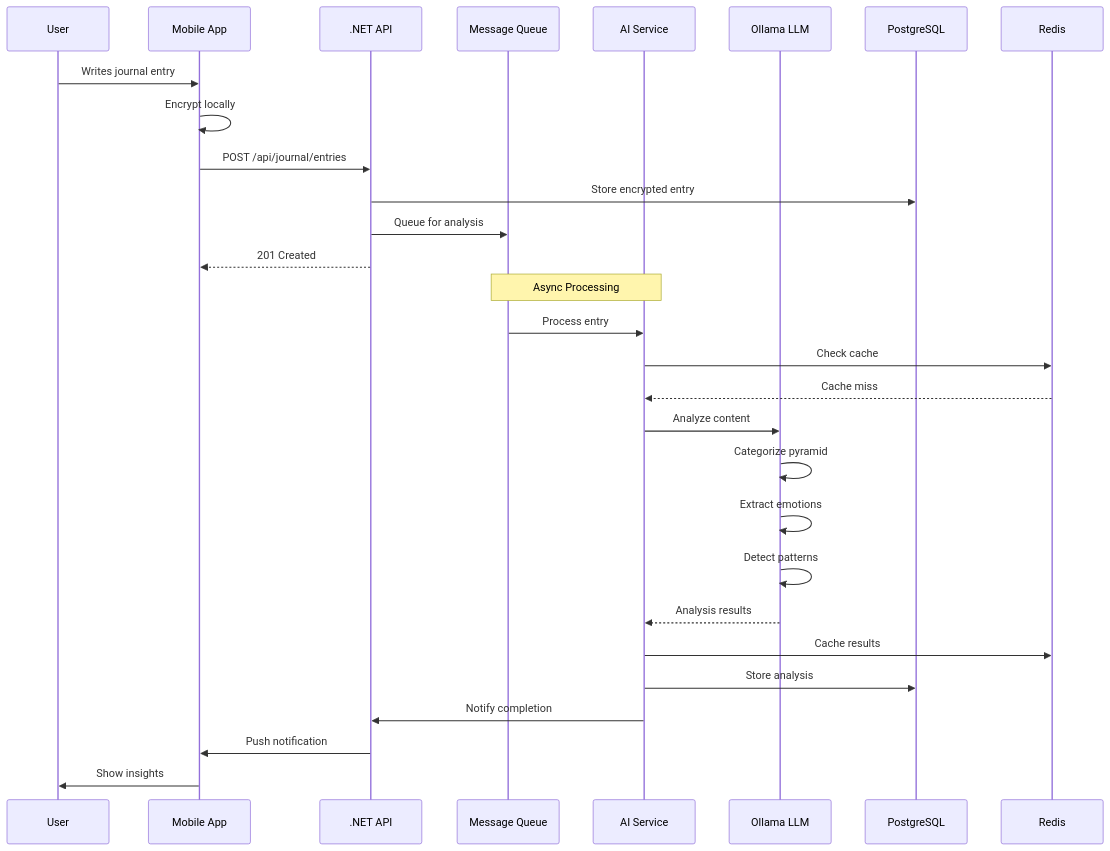
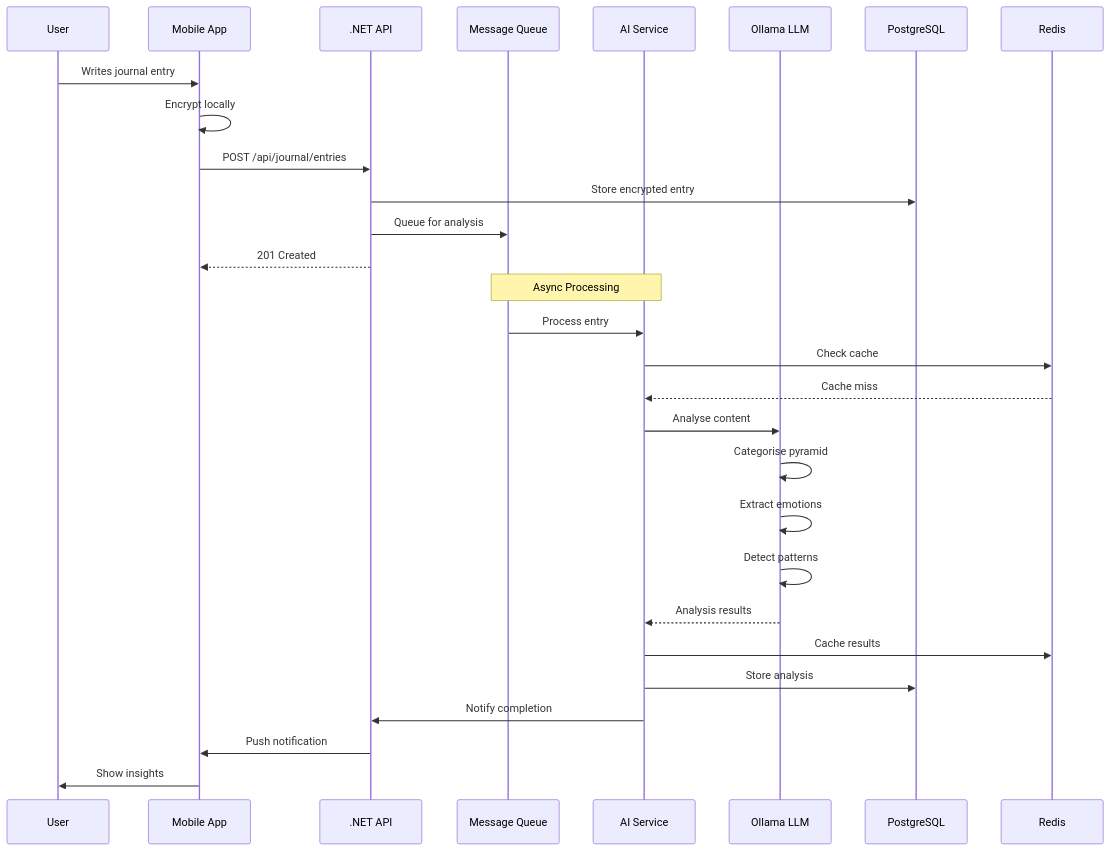
One commit to ben-marino/sociallyfed-ai-workflow changed the second of 8 diagrams in docs/ARCHITECTURE.md. Above: the diagram before and after it, drawn with Mermaid. The commit also changed other lines of this file, not shown here.

First line of the commit message:
Update ARCHITECTURE.md

````diff
--- a/docs/ARCHITECTURE.md
+++ b/docs/ARCHITECTURE.md
@@ -358,34 +358,34 @@
 ```mermaid
 sequenceDiagram
     participant User
     participant App as Mobile App
     participant API as .NET API
     participant Queue as Message Queue
     participant AI as AI Service
     participant LLM as Ollama LLM
     participant DB as PostgreSQL
     participant Cache as Redis
 
     User->>App: Writes journal entry
     App->>App: Encrypt locally
     App->>API: POST /api/journal/entries
     API->>DB: Store encrypted entry
     API->>Queue: Queue for analysis
     API-->>App: 201 Created
     
     Note over Queue,AI: Async Processing
     
     Queue->>AI: Process entry
     AI->>Cache: Check cache
     Cache-->>AI: Cache miss
-    AI->>LLM: Analyze content
-    LLM->>LLM: Categorize pyramid
+    AI->>LLM: Analyse content
+    LLM->>LLM: Categorise pyramid
     LLM->>LLM: Extract emotions
     LLM->>LLM: Detect patterns
     LLM-->>AI: Analysis results
     AI->>Cache: Cache results
     AI->>DB: Store analysis
     AI->>API: Notify completion
     API->>App: Push notification
     App->>User: Show insights
 ```
````
